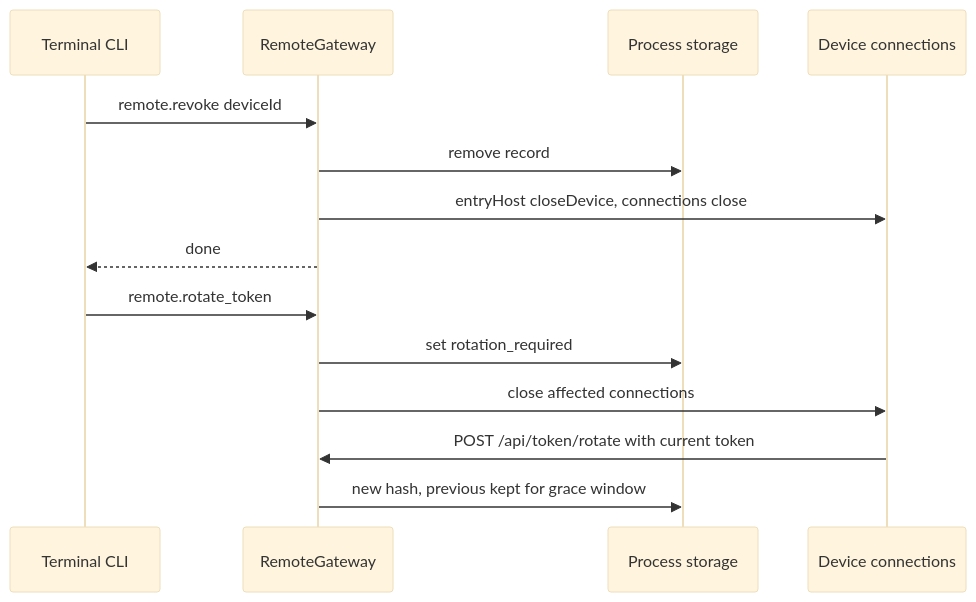
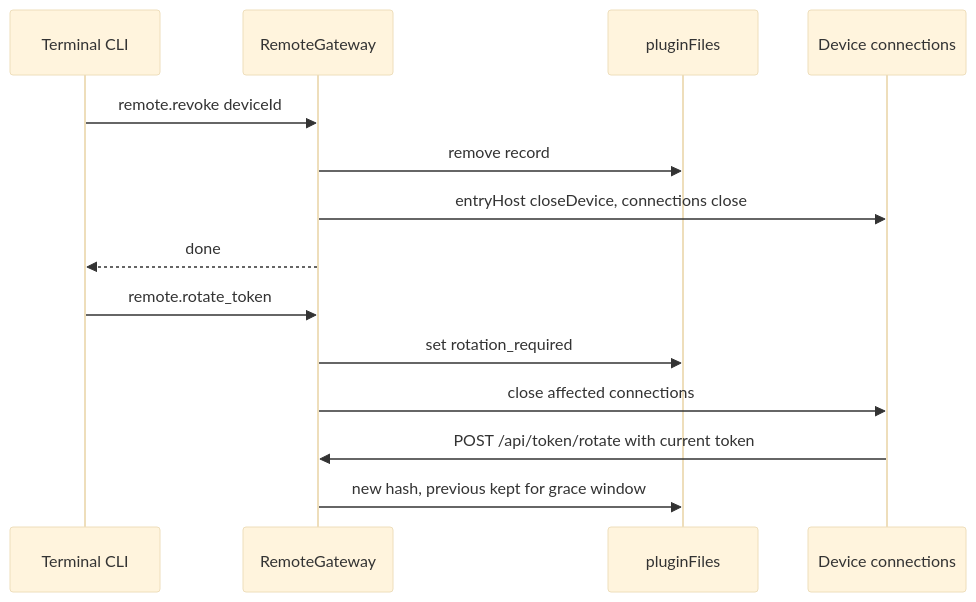
Before and after one commit to CoutinhoTTS/dim-agent: the fifth of 6 diagrams in docs/design/plugins/RemoteGateway.md, drawn with Mermaid (base theme). The commit also changed other lines of this file and 42 other files, not shown here.

````diff
--- a/docs/design/plugins/RemoteGateway.md
+++ b/docs/design/plugins/RemoteGateway.md
@@ -123,16 +123,16 @@
 ```mermaid
 sequenceDiagram
   participant U as Terminal CLI
   participant RG as RemoteGateway
-  participant PS as Process storage
+  participant PS as pluginFiles
   participant C as Device connections
   U->>RG: remote.revoke deviceId
   RG->>PS: remove record
   RG->>C: entryHost closeDevice, connections close
   RG-->>U: done
   U->>RG: remote.rotate_token
   RG->>PS: set rotation_required
   RG->>C: close affected connections
   C->>RG: POST /api/token/rotate with current token
   RG->>PS: new hash, previous kept for grace window
 ```
````
